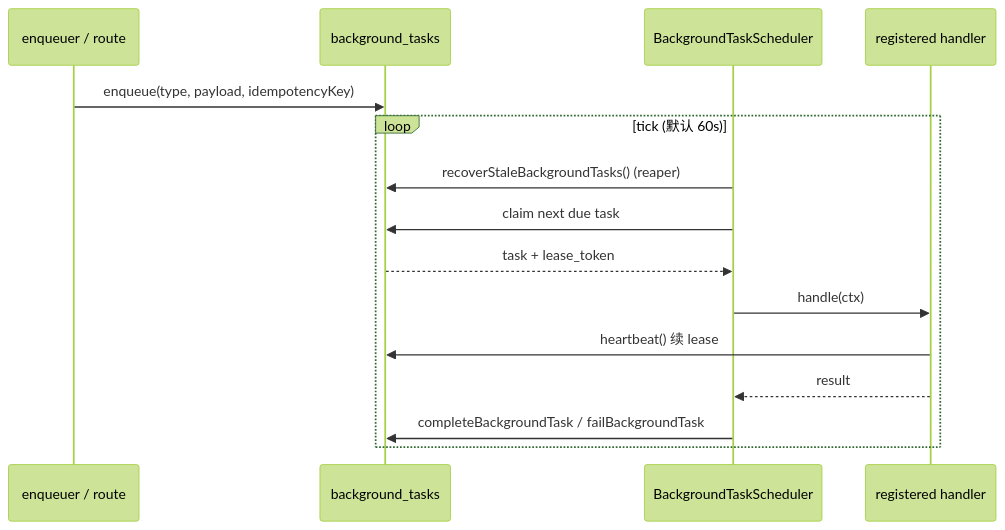
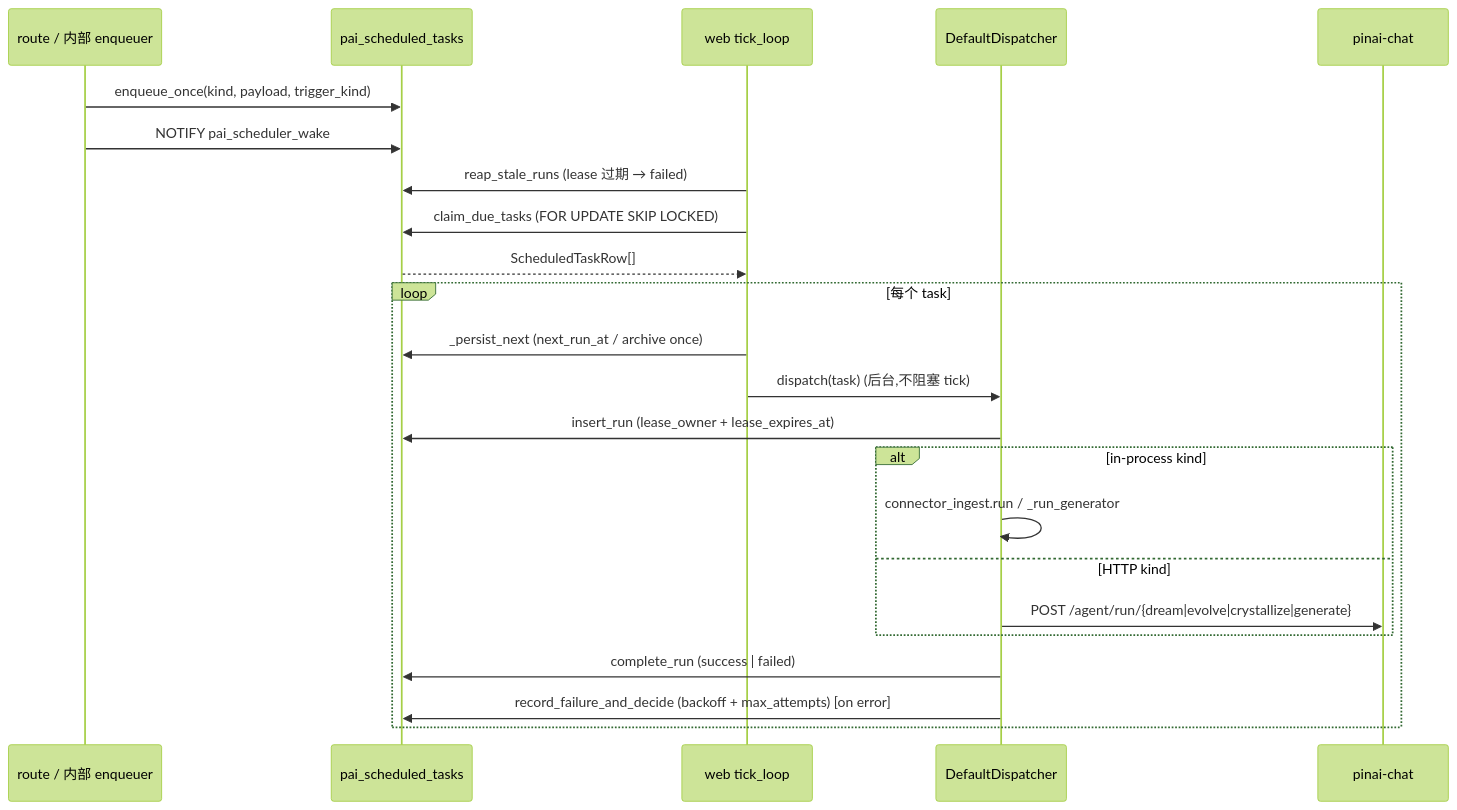
The second of 2 diagrams in docs/modules/background-tasks.mdx (Edge-AI-HQ/proactive-assistant), drawn with Mermaid (forest theme) before and after one commit. The commit also changed other lines of this file and 372 other files, not shown here.

````diff
--- a/docs/modules/background-tasks.mdx
+++ b/docs/modules/background-tasks.mdx
@@ -48,18 +56,26 @@
 ```mermaid
 sequenceDiagram
-  participant Enq as enqueuer / route
-  participant DB as background_tasks
-  participant Sch as BackgroundTaskScheduler
-  participant H as registered handler
+  participant Caller as route / 内部 enqueuer
+  participant DB as pai_scheduled_tasks
+  participant Tick as web tick_loop
+  participant Disp as DefaultDispatcher
+  participant Chat as pinai-chat
 
-  Enq->>DB: enqueue(type, payload, idempotencyKey)
-  loop tick (默认 60s)
-    Sch->>DB: recoverStaleBackgroundTasks() (reaper)
-    Sch->>DB: claim next due task
-    DB-->>Sch: task + lease_token
-    Sch->>H: handle(ctx)
-    H->>DB: heartbeat() 续 lease
-    H-->>Sch: result
-    Sch->>DB: completeBackgroundTask / failBackgroundTask
+  Caller->>DB: enqueue_once(kind, payload, trigger_kind)
+  Caller->>DB: NOTIFY pai_scheduler_wake
+  Tick->>DB: reap_stale_runs (lease 过期 → failed)
+  Tick->>DB: claim_due_tasks (FOR UPDATE SKIP LOCKED)
+  DB-->>Tick: ScheduledTaskRow[]
+  loop 每个 task
+    Tick->>DB: _persist_next (next_run_at / archive once)
+    Tick->>Disp: dispatch(task) (后台,不阻塞 tick)
+    Disp->>DB: insert_run (lease_owner + lease_expires_at)
+    alt in-process kind
+      Disp->>Disp: connector_ingest.run / _run_generator
+    else HTTP kind
+      Disp->>Chat: POST /agent/run/{dream|evolve|crystallize|generate}
+    end
+    Disp->>DB: complete_run (success | failed)
+    Disp->>DB: record_failure_and_decide (backoff + max_attempts) [on error]
   end
 ```
````
